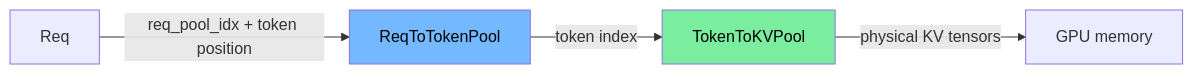
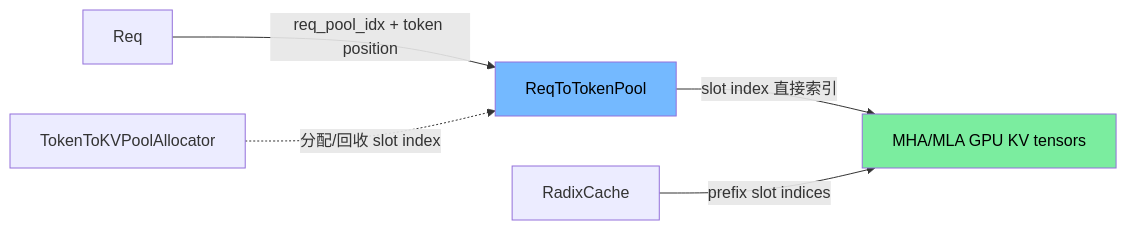
Before and after one commit to stream-iori/sglang: the sixth of 6 diagrams in sglang-learning-docs/02-core-systems/week2-detailed.md, drawn with Mermaid. The commit also changed other lines of this file and 6 other files, not shown here.

````diff
--- a/sglang-learning-docs/02-core-systems/week2-detailed.md
+++ b/sglang-learning-docs/02-core-systems/week2-detailed.md
@@ -423,9 +448,10 @@
 ```mermaid
 flowchart LR
     Req["Req"] -->|"req_pool_idx + token position"| R2T["ReqToTokenPool"]
-    R2T -->|"token index"| T2K["TokenToKVPool"]
-    T2K -->|"physical KV tensors"| GPU["GPU memory"]
+    R2T -->|"slot index 直接索引"| GPU["MHA/MLA GPU KV tensors"]
+    Alloc["TokenToKVPoolAllocator"] -.->|"分配/回收 slot index"| R2T
+    Radix["RadixCache"] -->|"prefix slot indices"| GPU
 
     style R2T fill:#74b9ff,color:#000
-    style T2K fill:#7bed9f,color:#000
+    style GPU fill:#7bed9f,color:#000
 ```
````
